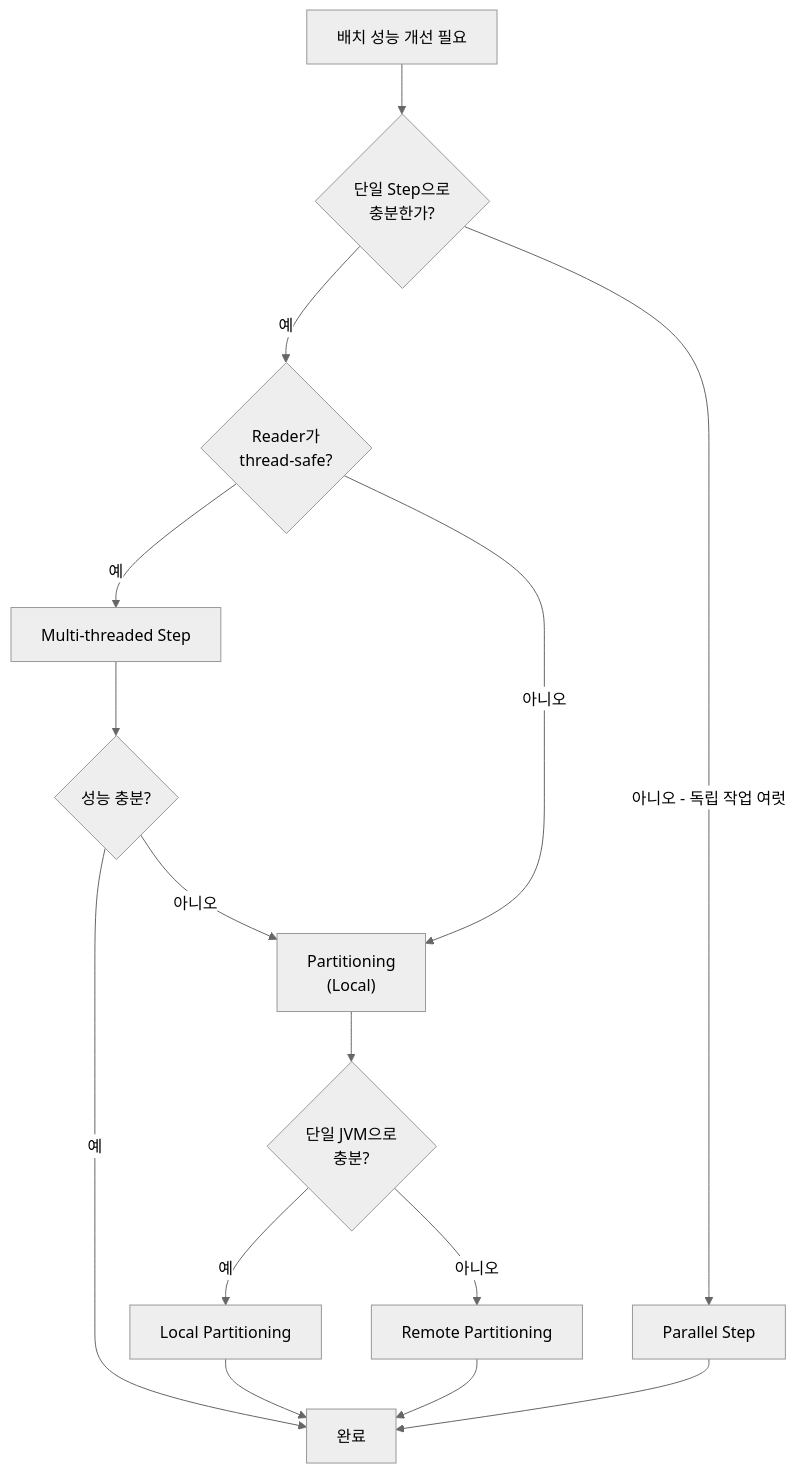
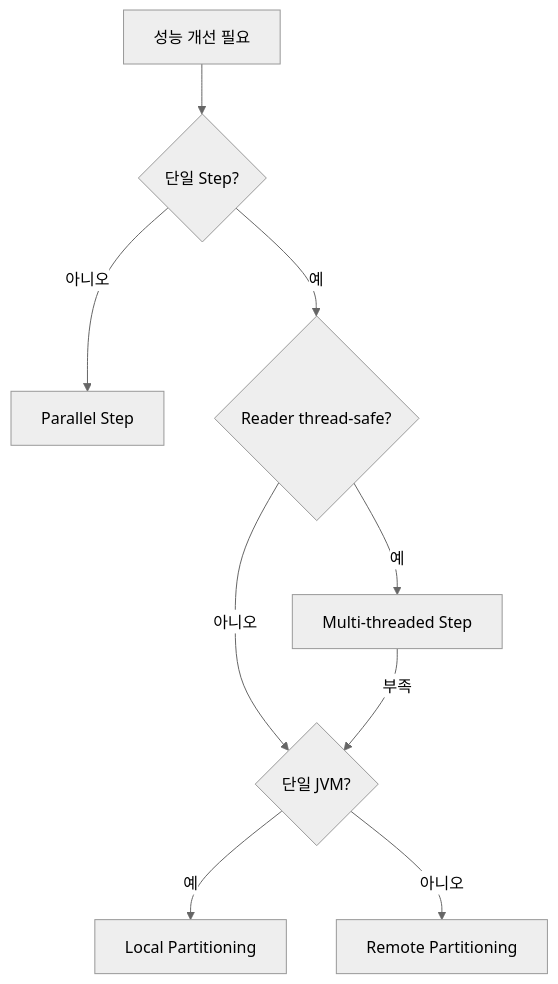
One commit to yjkim2015/yjkim2015.github.io changed the sixth of 6 diagrams in _posts/batch/2026-05-03-spring-batch-partitioning.md. Above: the diagram before and after it, drawn with Mermaid (neutral theme). The commit also changed other lines of this file and 215 other files, not shown here.

First line of the commit message:
신규 포스트 10개 추가 + Mermaid 전면 축소 + SystemDesign 시리즈 보강

````diff
--- a/_posts/batch/2026-05-03-spring-batch-partitioning.md
+++ b/_posts/batch/2026-05-03-spring-batch-partitioning.md
@@ -640,17 +620,11 @@
 ```mermaid
 flowchart TD
-    A["배치 성능 개선 필요"] --> B{"단일 Step으로\n충분한가?"}
-    B -->|"예"| C{"Reader가\nthread-safe?"}
+    A["성능 개선 필요"] --> B{"단일 Step?"}
+    B -->|"아니오"| F["Parallel Step"]
+    B -->|"예"| C{"Reader thread-safe?"}
     C -->|"예"| D["Multi-threaded Step"]
-    C -->|"아니오"| E["Partitioning\n(Local)"]
-    B -->|"아니오 - 독립 작업 여럿"| F["Parallel Step"]
-    D --> G{"성능 충분?"}
-    G -->|"예"| H["완료"]
-    G -->|"아니오"| E
-    E --> I{"단일 JVM으로\n충분?"}
-    I -->|"예"| J["Local Partitioning"]
-    I -->|"아니오"| K["Remote Partitioning"]
-    F --> H
-    J --> H
-    K --> H
+    C -->|"아니오"| E{"단일 JVM?"}
+    D -->|"부족"| E
+    E -->|"예"| L["Local Partitioning"]
+    E -->|"아니오"| K["Remote Partitioning"]
 ```
````
